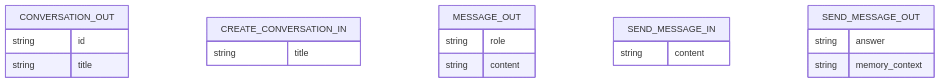
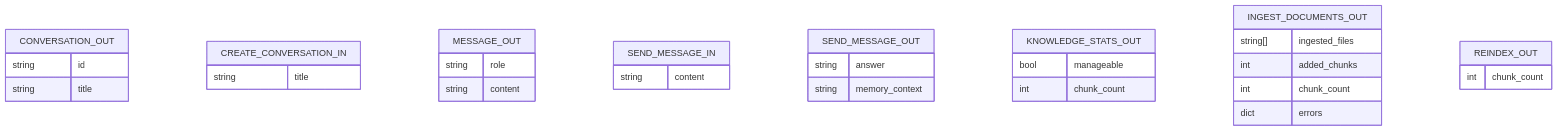
One commit to xyx1028/agentHelp changed the seventh of 9 diagrams in .qoder/repowiki/zh/content/架构设计/Web API 系统.md. Above: the diagram before and after it, drawn with Mermaid. The commit also changed other lines of this file and 115 other files, not shown here.

````diff
--- a/.qoder/repowiki/zh/content/架构设计/Web API 系统.md
+++ b/.qoder/repowiki/zh/content/架构设计/Web API 系统.md
@@ -189,21 +237,34 @@
 ```mermaid
 erDiagram
 CONVERSATION_OUT {
 string id
 string title
 }
 CREATE_CONVERSATION_IN {
 string title
 }
 MESSAGE_OUT {
 string role
 string content
 }
 SEND_MESSAGE_IN {
 string content
 }
 SEND_MESSAGE_OUT {
 string answer
 string memory_context
 }
+KNOWLEDGE_STATS_OUT {
+bool manageable
+int chunk_count
+}
+INGEST_DOCUMENTS_OUT {
+string[] ingested_files
+int added_chunks
+int chunk_count
+dict errors
+}
+REINDEX_OUT {
+int chunk_count
+}
 ```
````
